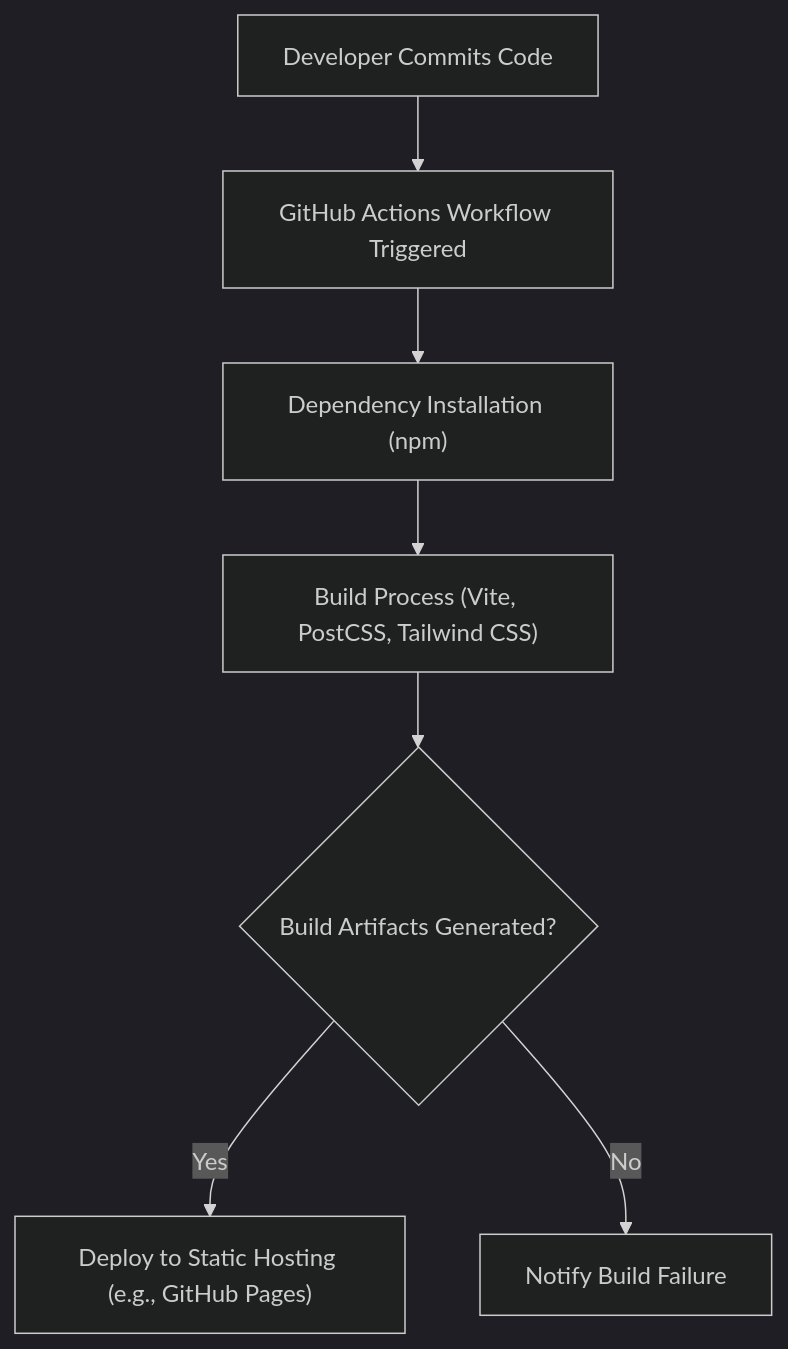
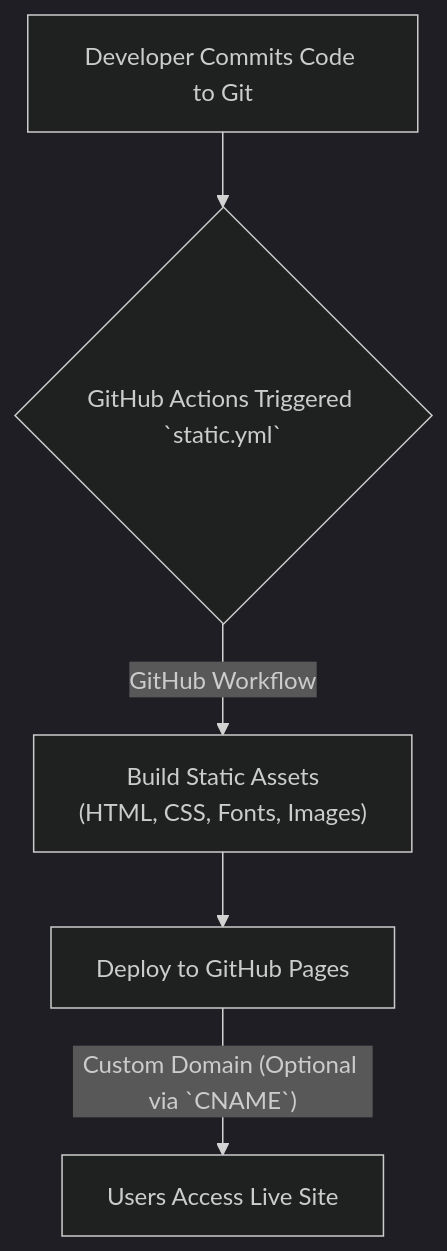
One commit to grewal16/Discord_clone changed the diagram in README.md. Above: the diagram before and after it, drawn with Mermaid (dark theme). The commit also changed other lines of this file, not shown here.

````diff
--- a/README.md
+++ b/README.md
@@ -35,9 +42,8 @@
 ```mermaid
 graph TD
-    A["Developer Commits Code"] --> B["GitHub Actions Workflow Triggered"];
-    B --> C["Dependency Installation (npm)"];
-    C --> D["Build Process (Vite, PostCSS, Tailwind CSS)"];
-    D --> E{"Build Artifacts Generated?"};
-    E -- Yes --> F["Deploy to Static Hosting (e.g., GitHub Pages)"];
-    E -- No --> G["Notify Build Failure"];
+    A["Developer Commits Code to Git"] --> B{"GitHub Actions Triggered" `static.yml`};
+    B -- GitHub Workflow --> C["Build Static Assets
+    (HTML, CSS, Fonts, Images)"];
+    C --> D["Deploy to GitHub Pages"];
+    D -- Custom Domain (Optional via `CNAME`) --> E["Users Access Live Site"];
 ```
````
